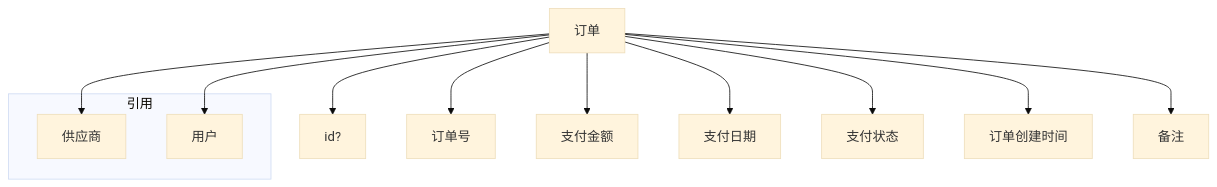
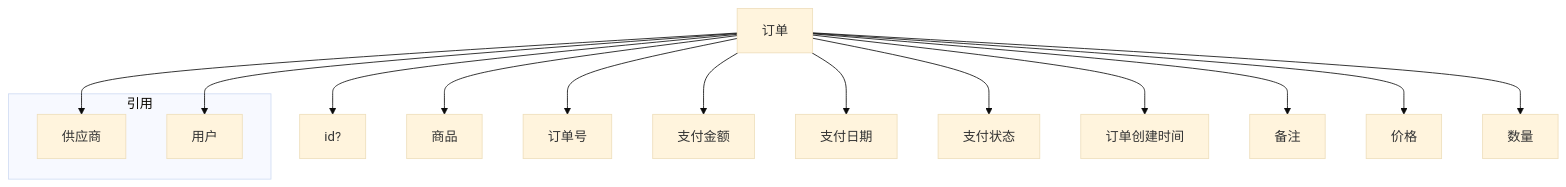
The fourth of 9 diagrams in doc/超市管理系统分析.md (SummerRaid/Supermarket-Management-System), drawn with Mermaid (base theme) before and after one commit. The commit also changed other lines of this file and 1 other file, not shown here.

Commit message:
改图

````diff
--- a/doc/超市管理系统分析.md
+++ b/doc/超市管理系统分析.md
@@ -120,16 +120,19 @@
 ```mermaid
 flowchart
 	订单 --> id?
+	订单 --> 商品
 	订单 --> 订单号
 	订单 --> 供应商
 	订单 --> 支付金额
 	订单 --> 支付日期
 	订单 --> 支付状态
 	订单 --> 订单创建时间
 	订单 --> 备注
 	订单 --> 用户
+	订单 --> 价格
+	订单 --> 数量
 	subgraph 引用
 	供应商
 	用户
 	end
 ```
````
